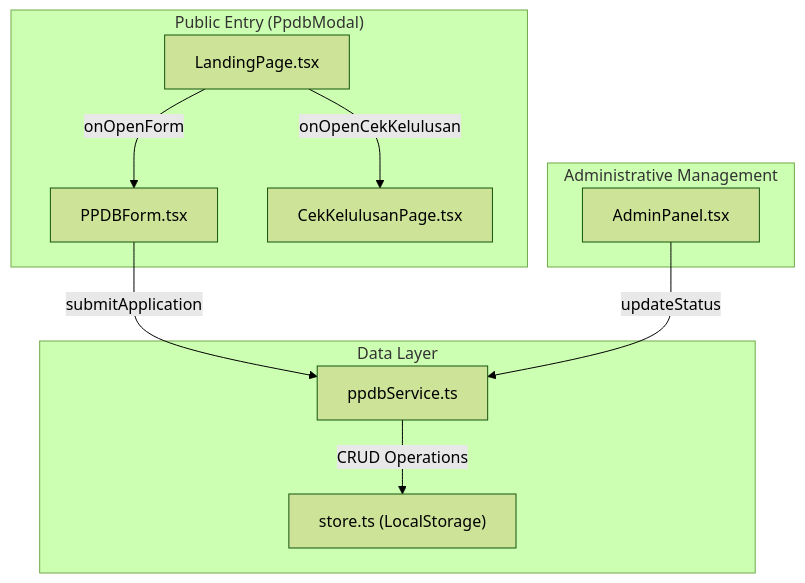
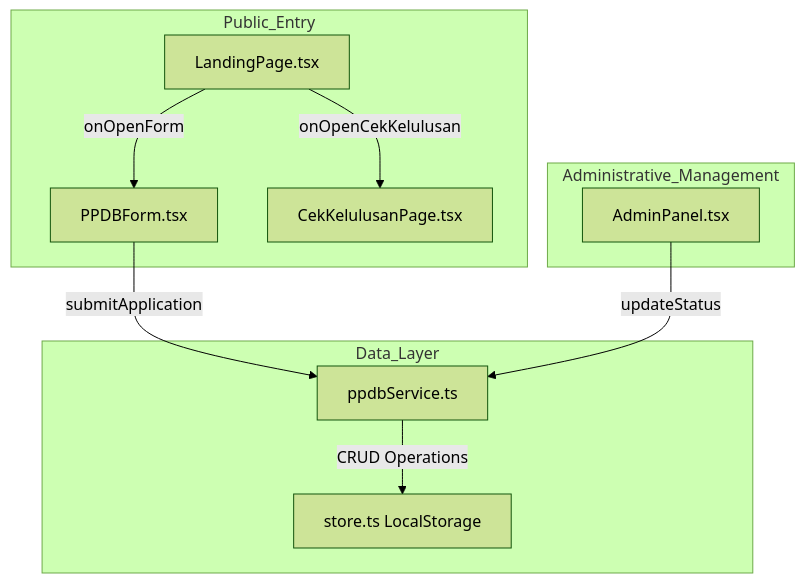
Before and after one commit to Delta-Polder-Indonesia/siakad-sekolah: diagram 15 of 24 in README.md, drawn with Mermaid (forest theme). The commit also changed other lines of this file and 13 other files, not shown here.

````diff
--- a/README.md
+++ b/README.md
@@ -752,23 +752,23 @@
 ```mermaid
 graph TD
-    subgraph "Public Entry (PpdbModal)"
+    subgraph Public_Entry
         LandingPage["LandingPage.tsx"]
         PPDBForm["PPDBForm.tsx"]
         CekKelulusan["CekKelulusanPage.tsx"]
     end
 
-    subgraph "Administrative Management"
+    subgraph Administrative_Management
         AdminPanel["AdminPanel.tsx"]
     end
 
-    subgraph "Data Layer"
+    subgraph Data_Layer
         PPDBService["ppdbService.ts"]
-        Store["store.ts (LocalStorage)"]
+        Store["store.ts LocalStorage"]
     end
 
     LandingPage -->|onOpenForm| PPDBForm
     LandingPage -->|onOpenCekKelulusan| CekKelulusan
     PPDBForm -->|submitApplication| PPDBService
     AdminPanel -->|updateStatus| PPDBService
     PPDBService -->|CRUD Operations| Store
 ```
````
